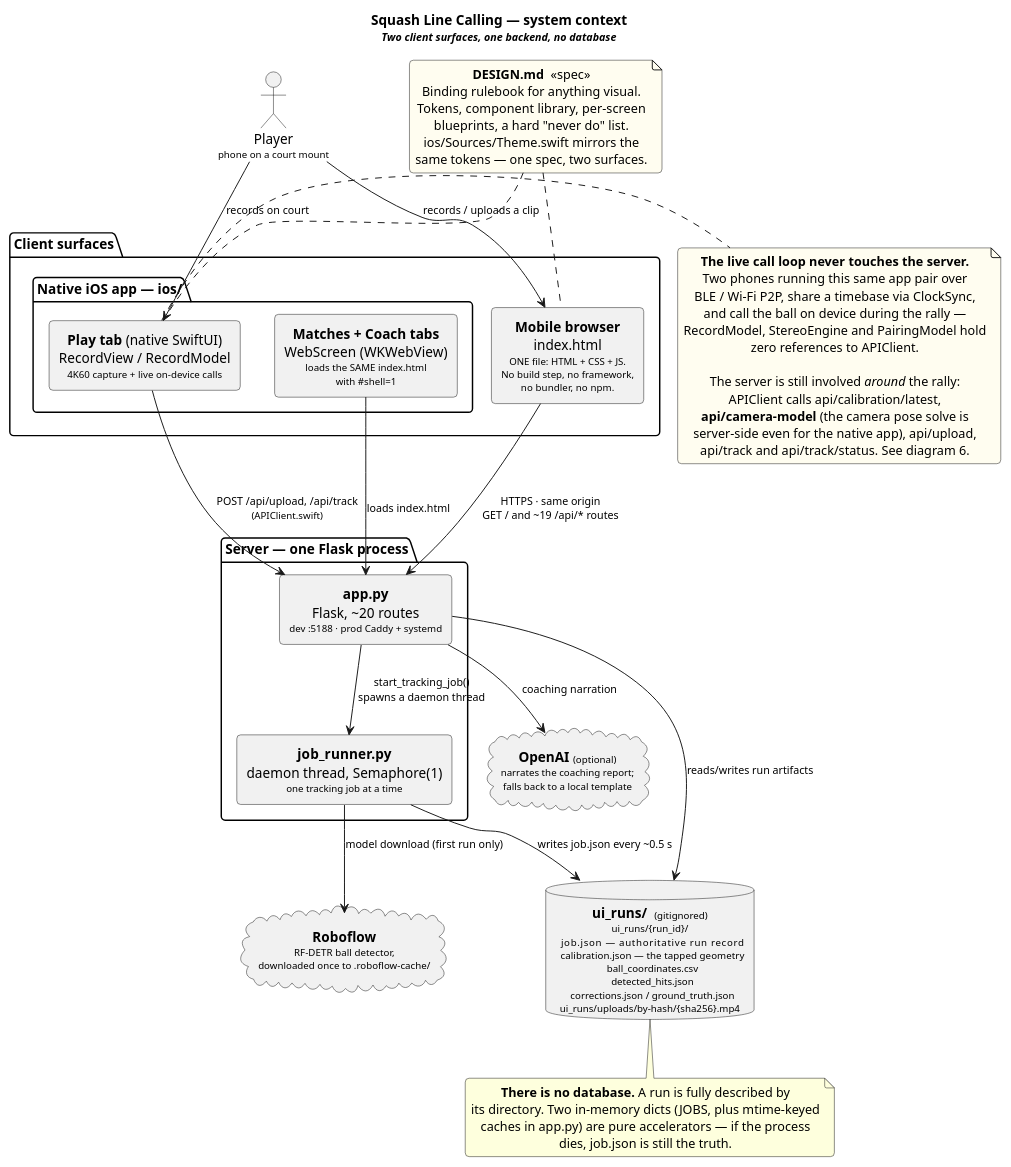
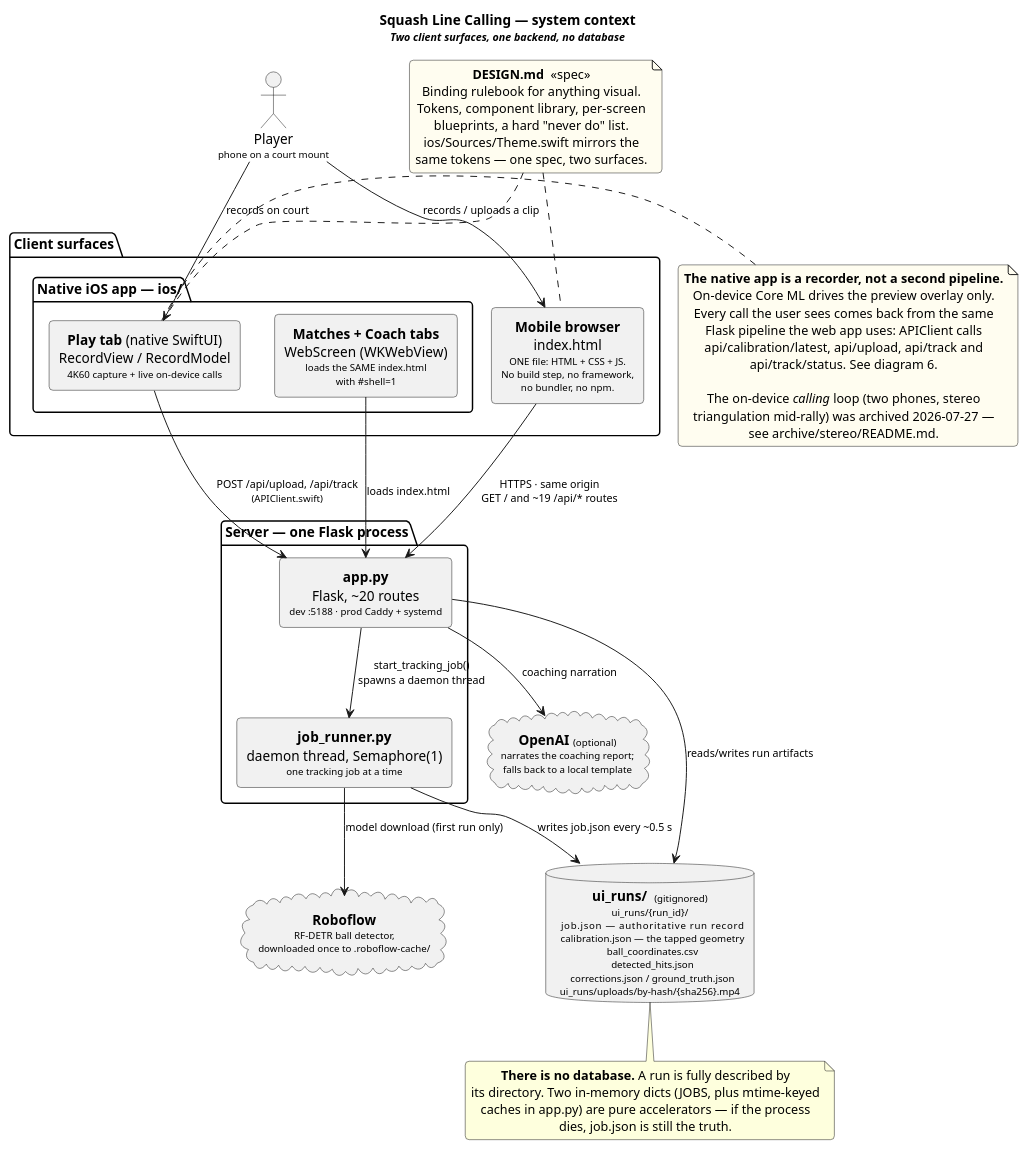
One commit to redcappyal/UCSC-AI-Project changed the first of 7 diagrams in docs/architecture.puml. Above: the diagram before and after it, drawn with PlantUML. The commit also changed other lines of this file and 11 other files, not shown here.

First line of the commit message:
docs(archive): follow the stereo/peer archiving through every doc

```diff
--- a/docs/architecture.puml
+++ b/docs/architecture.puml
@@ -17,79 +17,77 @@
 @startuml system_context
 title Squash Line Calling — system context\n<size:11>//Two client surfaces, one backend, no database//</size>
 
 skinparam componentStyle rectangle
 skinparam shadowing false
 skinparam roundCorner 8
 skinparam defaultTextAlignment center
 skinparam ArrowFontSize 11
 
 actor "Player\n<size:10>phone on a court mount</size>" as player
 
 package "Client surfaces" {
 
   component "**Mobile browser**\nindex.html\n<size:10>ONE file: HTML + CSS + JS.</size>\n<size:10>No build step, no framework,</size>\n<size:10>no bundler, no npm.</size>" as web
 
   package "Native iOS app — ios/" {
     component "**Play tab** (native SwiftUI)\nRecordView / RecordModel\n<size:10>4K60 capture + live on-device calls</size>" as iosNative
     component "**Matches + Coach tabs**\nWebScreen (WKWebView)\n<size:10>loads the SAME index.html</size>\n<size:10>with #shell=1</size>" as iosWeb
   }
 }
 
 package "Server — one Flask process" {
   component "**app.py**\nFlask, ~20 routes\n<size:10>dev :5188 · prod Caddy + systemd</size>" as flask
   component "**job_runner.py**\ndaemon thread, Semaphore(1)\n<size:10>one tracking job at a time</size>" as jobs
 }
 
 database "**ui_runs/**  <size:10>(gitignored)</size>\n<size:10>ui_runs/{run_id}/</size>\n<size:10>  job.json          — authoritative run record</size>\n<size:10>  calibration.json  — the tapped geometry</size>\n<size:10>  ball_coordinates.csv</size>\n<size:10>  detected_hits.json</size>\n<size:10>  corrections.json / ground_truth.json</size>\n<size:10>ui_runs/uploads/by-hash/{sha256}.mp4</size>" as store
 
 cloud "**Roboflow**\n<size:10>RF-DETR ball detector,</size>\n<size:10>downloaded once to .roboflow-cache/</size>" as roboflow
 cloud "**OpenAI** <size:10>(optional)</size>\n<size:10>narrates the coaching report;</size>\n<size:10>falls back to a local template</size>" as openai
 
 note as designspec #FFFDF0
   <b>DESIGN.md</b>  «spec»
   Binding rulebook for anything visual.
   Tokens, component library, per-screen
   blueprints, a hard "never do" list.
   ios/Sources/Theme.swift mirrors the
   same tokens — one spec, two surfaces.
 end note
 
 player --> web : records / uploads a clip
 player --> iosNative : records on court
 
 web --> flask : HTTPS · same origin\nGET / and ~19 /api/* routes
 iosWeb --> flask : loads index.html
 iosNative --> flask : POST /api/upload, /api/track\n<size:10>(APIClient.swift)</size>
 
 note right of iosNative #FFFDF0
-  <b>The live call loop never touches the server.</b>
-  Two phones running this same app pair over
-  BLE / Wi-Fi P2P, share a timebase via ClockSync,
-  and call the ball on device during the rally —
-  RecordModel, StereoEngine and PairingModel hold
-  zero references to APIClient.
+  <b>The native app is a recorder, not a second pipeline.</b>
+  On-device Core ML drives the preview overlay only.
+  Every call the user sees comes back from the same
+  Flask pipeline the web app uses: APIClient calls
+  api/calibration/latest, api/upload, api/track and
+  api/track/status. See diagram 6.
 
-  The server is still involved <i>around</i> the rally:
-  APIClient calls api/calibration/latest,
-  <b>api/camera-model</b> (the camera pose solve is
-  server-side even for the native app), api/upload,
-  api/track and api/track/status. See diagram 6.
+  The on-device <i>calling</i> loop (two phones, stereo
+  triangulation mid-rally) was archived 2026-07-27 —
+  see archive/stereo/README.md.
 end note
 
 flask --> jobs : start_tracking_job()\nspawns a daemon thread
 flask --> store : reads/writes run artifacts
 jobs --> store : writes job.json every ~0.5 s
 jobs --> roboflow : model download (first run only)
 flask --> openai : coaching narration
 
 designspec .. web
 designspec .. iosNative
 
 note bottom of store
   <b>There is no database.</b> A run is fully described by
   its directory. Two in-memory dicts (JOBS, plus mtime-keyed
   caches in app.py) are pure accelerators — if the process
   dies, job.json is still the truth.
 end note
 
 @enduml
```
